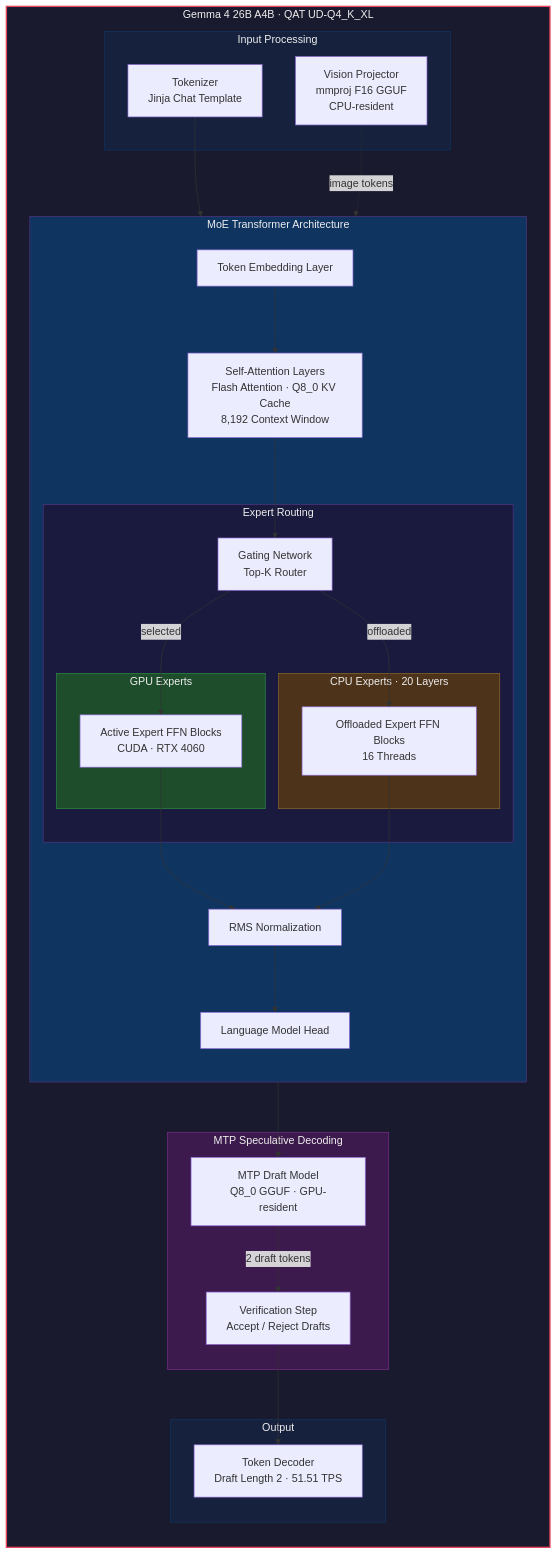
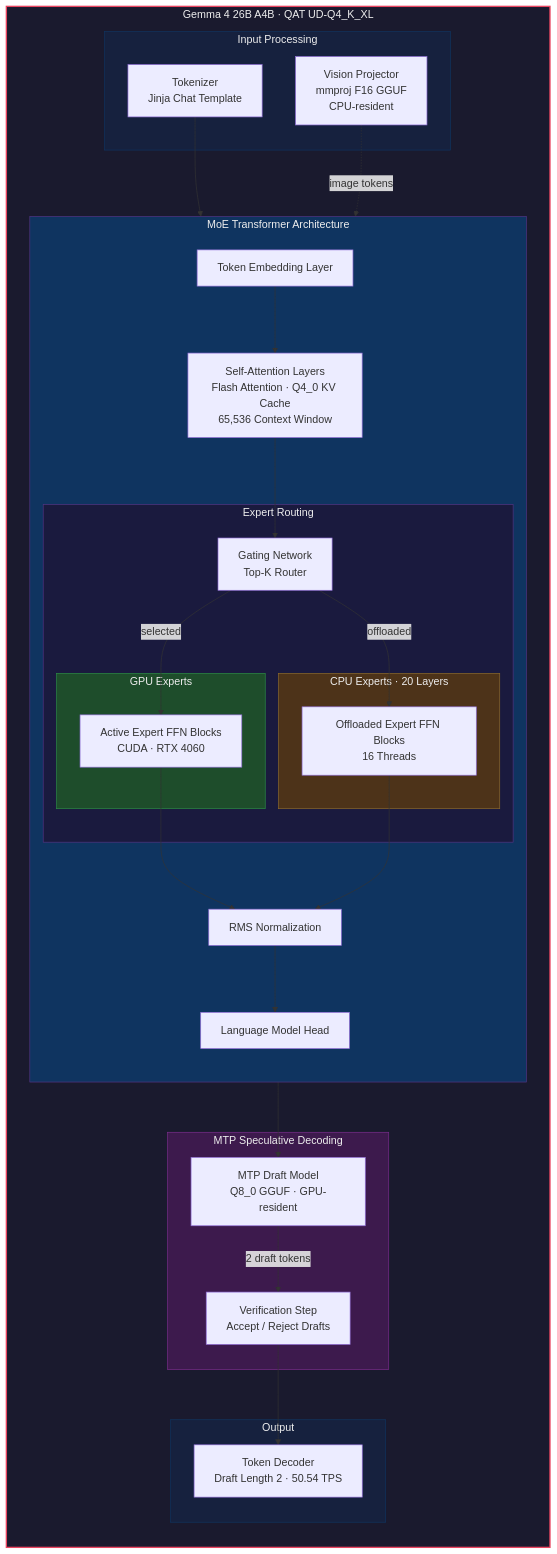
One commit to nakultt/MoE changed the third of 9 diagrams in README.md. Above: the diagram before and after it, drawn with Mermaid. The commit also changed other lines of this file and 14 other files, not shown here.

First line of the commit message:
Add context window bar and per-model thinking options

````diff
--- a/README.md
+++ b/README.md
@@ -1038,60 +1086,60 @@
 ```mermaid
 graph TB
     subgraph GemmaModel["Gemma 4 26B A4B · QAT UD-Q4_K_XL"]
         direction TB
 
         subgraph Input["Input Processing"]
             TOK["Tokenizer<br/>Jinja Chat Template"]
             VP["Vision Projector<br/>mmproj F16 GGUF<br/>CPU-resident"]
         end
 
         subgraph MoEArch["MoE Transformer Architecture"]
             direction TB
             EMB["Token Embedding Layer"]
 
             subgraph ExpertRouting["Expert Routing"]
                 GATE["Gating Network<br/>Top-K Router"]
                 subgraph GPULayers["GPU Experts"]
                     GE["Active Expert FFN Blocks<br/>CUDA · RTX 4060"]
                 end
                 subgraph CPULayers["CPU Experts · 20 Layers"]
                     CE["Offloaded Expert FFN Blocks<br/>16 Threads"]
                 end
             end
 
-            ATT["Self-Attention Layers<br/>Flash Attention · Q8_0 KV Cache<br/>8,192 Context Window"]
+            ATT["Self-Attention Layers<br/>Flash Attention · Q4_0 KV Cache<br/>65,536 Context Window"]
             NORM["RMS Normalization"]
             LMH["Language Model Head"]
         end
 
         subgraph Speculation["MTP Speculative Decoding"]
             DRAFT["MTP Draft Model<br/>Q8_0 GGUF · GPU-resident"]
             VERIFY["Verification Step<br/>Accept / Reject Drafts"]
         end
 
         subgraph Output["Output"]
-            DEC["Token Decoder<br/>Draft Length 2 · 51.51 TPS"]
+            DEC["Token Decoder<br/>Draft Length 2 · 50.54 TPS"]
         end
 
         TOK --> EMB
         VP -.->|"image tokens"| EMB
         EMB --> ATT
         ATT --> GATE
         GATE -->|"selected"| GE
         GATE -->|"offloaded"| CE
         GE & CE --> NORM
         NORM --> LMH
         LMH --> DRAFT
         DRAFT -->|"2 draft tokens"| VERIFY
         VERIFY --> DEC
     end
 
     style GemmaModel fill:#1a1a2e,stroke:#e94560,stroke-width:2px,color:#eee
     style Input fill:#16213e,stroke:#0f3460,stroke-width:1px,color:#eee
     style MoEArch fill:#0f3460,stroke:#533483,stroke-width:1px,color:#eee
     style ExpertRouting fill:#1a1a3e,stroke:#533483,stroke-width:1px,color:#eee
     style GPULayers fill:#1e4d2b,stroke:#2d8d46,stroke-width:1px,color:#eee
     style CPULayers fill:#4d3319,stroke:#8d6b2d,stroke-width:1px,color:#eee
     style Speculation fill:#3d1a4d,stroke:#7b2d8d,stroke-width:1px,color:#eee
     style Output fill:#16213e,stroke:#0f3460,stroke-width:1px,color:#eee
 ```
````
